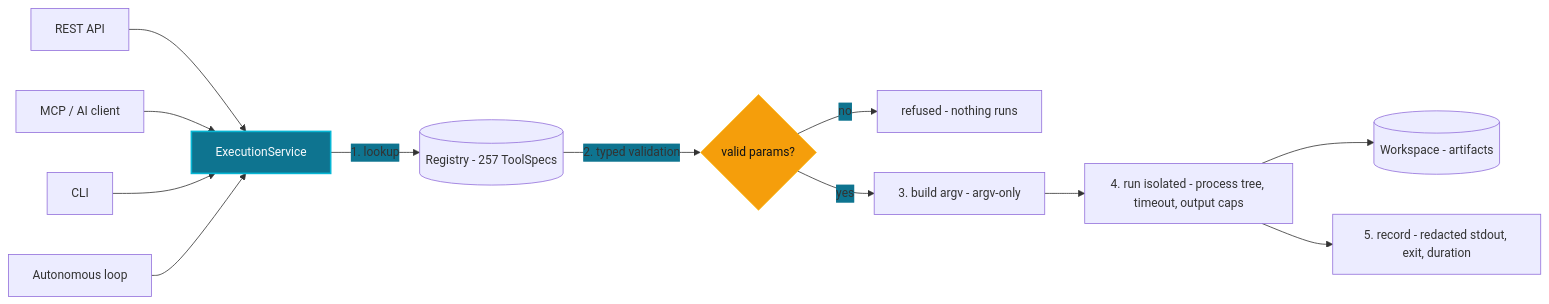
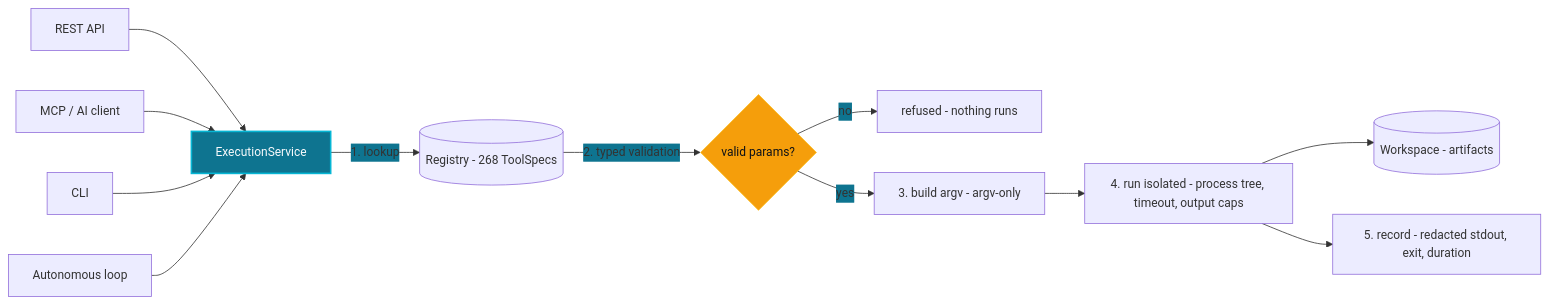
The first of 2 diagrams in docs/how-it-works.md (Arseno25/nexhunter), drawn with Mermaid before and after one commit. The commit also changed other lines of this file and 37 other files, not shown here.

````diff
--- a/docs/how-it-works.md
+++ b/docs/how-it-works.md
@@ -15,31 +15,31 @@
 ```mermaid
 %%{init: {"themeVariables": {
   "primaryColor": "#0e7490",
   "secondaryColor": "#06b6d4",
   "tertiaryColor": "#f59e0b",
   "background": "#0d1117",
   "edgeLabelBackground": "#0e7490",
   "fontFamily": "monospace",
   "fontSize": "15px",
   "fontColor": "#e2e8f0",
   "nodeTextColor": "#f8fafc"
 }}}%%
 flowchart LR
     A[REST API] --> E[ExecutionService]
     B[MCP / AI client] --> E
     C[CLI] --> E
     D[Autonomous loop] --> E
 
-    E -->|1. lookup| R[(Registry - 257 ToolSpecs)]
+    E -->|1. lookup| R[(Registry - 268 ToolSpecs)]
     R -->|2. typed validation| V{valid params?}
     V -->|no| X[refused - nothing runs]
     V -->|yes| G[3. build argv - argv-only]
     G --> P[4. run isolated - process tree, timeout, output caps]
     P --> W[(Workspace - artifacts)]
     P --> S[5. record - redacted stdout, exit, duration]
 
     classDef core fill:#0e7490,stroke:#06b6d4,stroke-width:2px,color:#f8fafc
     classDef gate fill:#f59e0b,stroke:#fbbf24,color:#0d1117
     class E core
     class V gate
 ```
````
